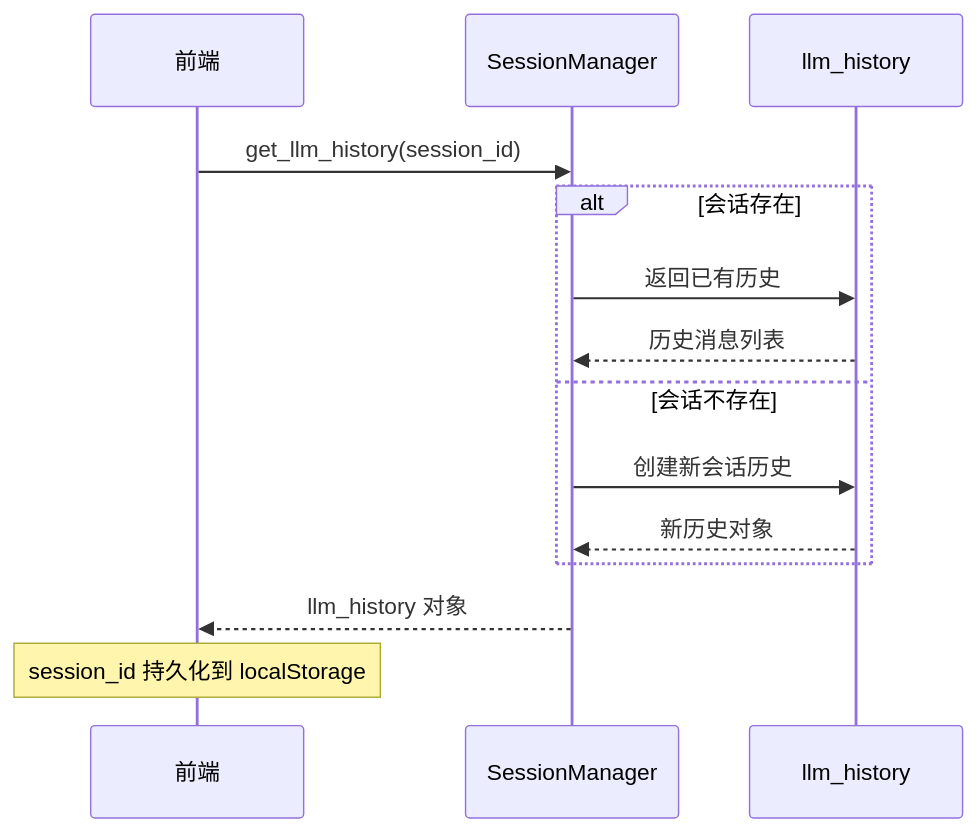
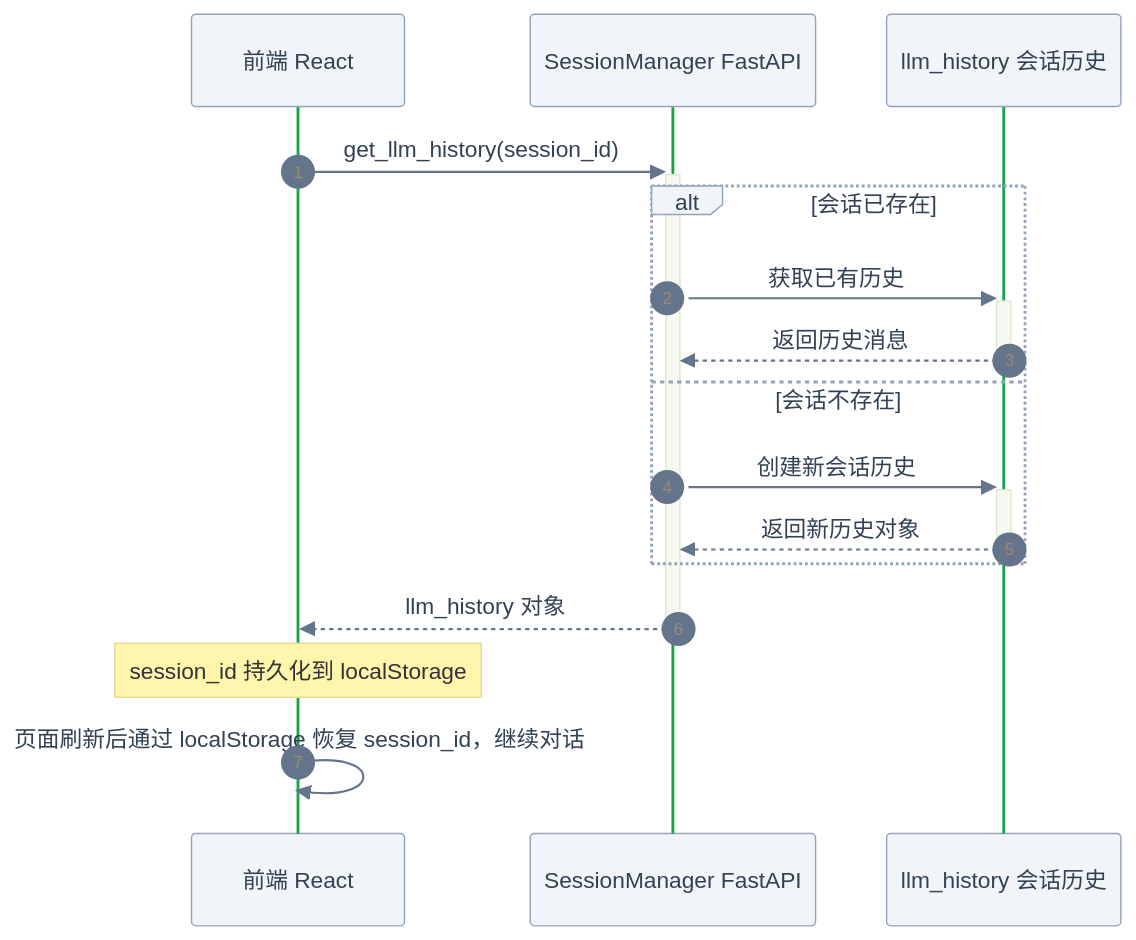
Before and after one commit to quietsj/auto_report_platform: the third of 3 diagrams in README.md, drawn with Mermaid. The commit also changed other lines of this file and 1 other file, not shown here.

````diff
--- a/README.md
+++ b/README.md
@@ -176,18 +213,24 @@
 ```mermaid
+%%{init: {'theme': 'base', 'themeVariables': {'primaryColor': '#f1f5f9', 'primaryTextColor': '#334155', 'primaryBorderColor': '#94a3b8', 'lineColor': '#64748b', 'actorBkgColor': '#f1f5f9', 'actorBorderColor': '#16a34a', 'actorTextColor': '#334155', 'actorLineColor': '#16a34a', 'signalColor': '#64748b', 'signalTextColor': '#334155'}}}%%
 sequenceDiagram
-    participant Frontend as 前端
-    participant SessionManager as SessionManager
-    participant Memory as llm_history
+    autonumber
+    participant FE as 前端 React
+    participant SM as SessionManager FastAPI
+    participant Mem as llm_history 会话历史
     
-    Frontend->>SessionManager: get_llm_history(session_id)
-    alt 会话存在
-        SessionManager->>Memory: 返回已有历史
-        Memory-->>SessionManager: 历史消息列表
+    FE->>+SM: get_llm_history(session_id)
+    
+    alt 会话已存在
+        SM->>+Mem: 获取已有历史
+        Mem-->>-SM: 返回历史消息
     else 会话不存在
-        SessionManager->>Memory: 创建新会话历史
-        Memory-->>SessionManager: 新历史对象
+        SM->>+Mem: 创建新会话历史
+        Mem-->>-SM: 返回新历史对象
     end
-    SessionManager-->>Frontend: llm_history 对象
     
-    Note over Frontend: session_id 持久化到 localStorage
+    SM-->>-FE: llm_history 对象
+    
+    Note over FE: session_id 持久化到 localStorage
+    
+    FE->>FE: 页面刷新后通过 localStorage 恢复 session_id，继续对话
 ```
````
